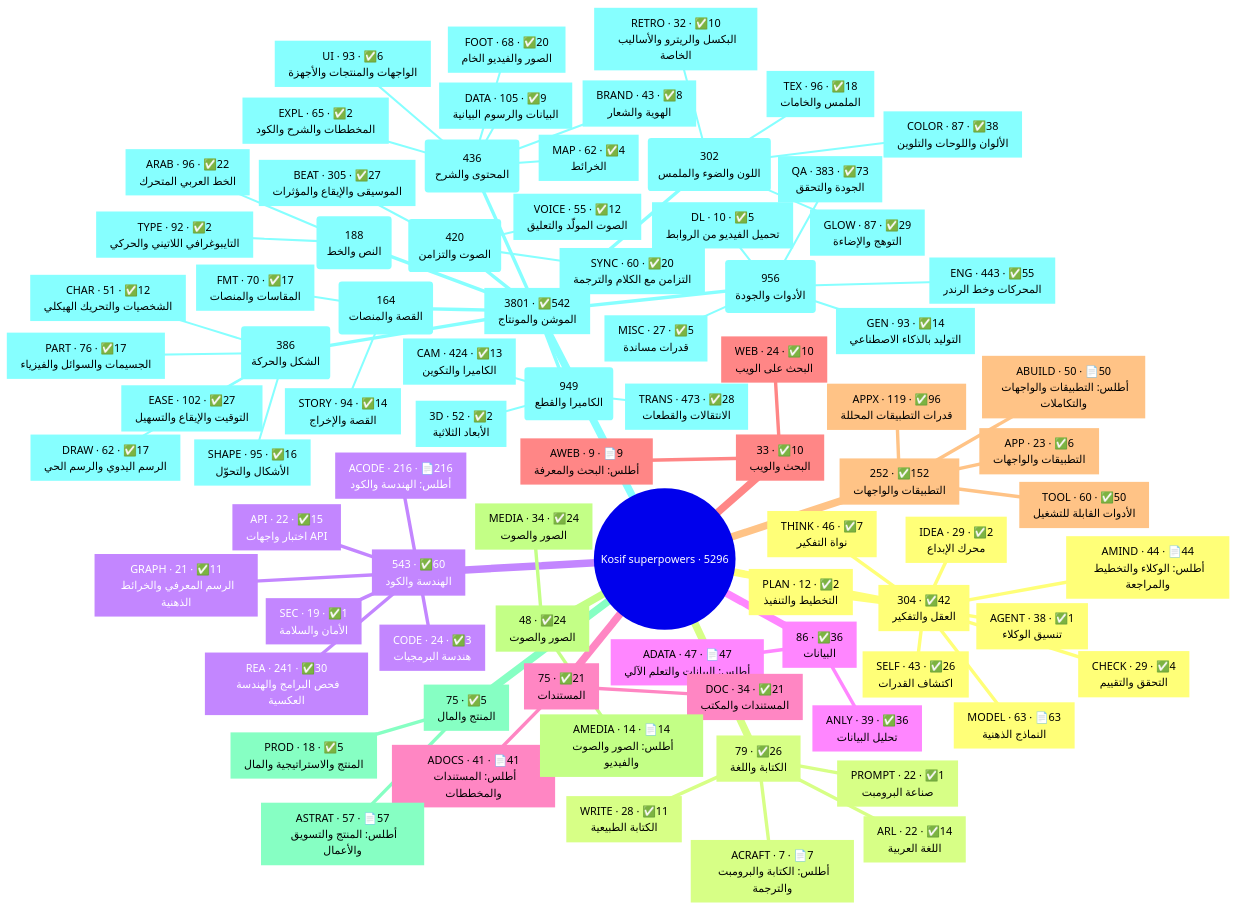
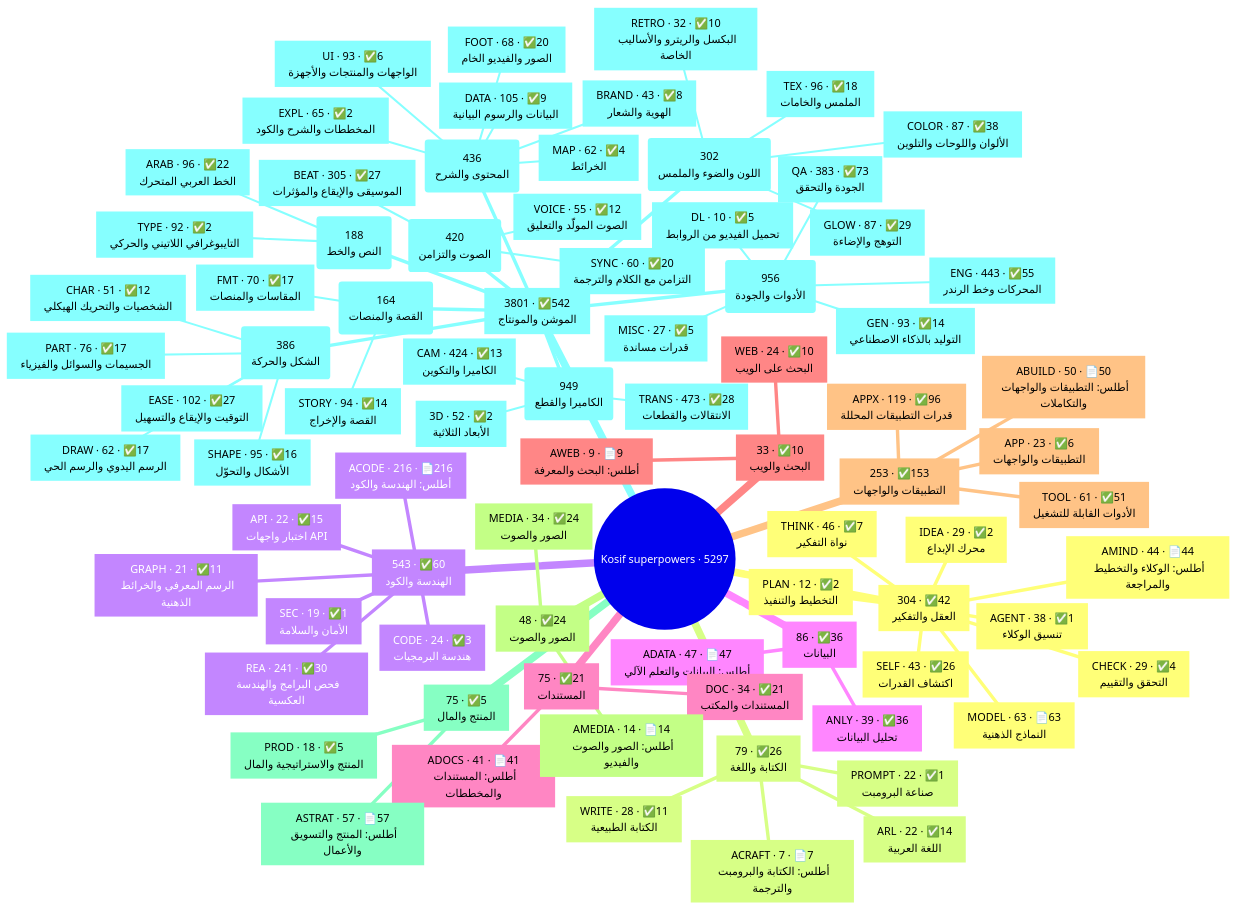
One commit to kosif199022-jpg/kosif-tool changed the first of 2 diagrams in .claude/skills/kosif-superpowers/references/capability-map.md. Above: the diagram before and after it, drawn with Mermaid. The commit also changed other lines of this file and 36 other files, not shown here.

````diff
--- a/.claude/skills/kosif-superpowers/references/capability-map.md
+++ b/.claude/skills/kosif-superpowers/references/capability-map.md
@@ -18,6 +18,6 @@
 ```mermaid
 mindmap
-  root((Kosif superpowers · 5296))
+  root((Kosif superpowers · 5297))
     n1["`304 · ✅42
 العقل والتفكير`"]
       n2["`MODEL · 63 · 📄63
@@ -78,11 +78,11 @@
 البحث على الويب`"]
       n30["`AWEB · 9 · 📄9
 أطلس: البحث والمعرفة`"]
-    n31["`252 · ✅152
+    n31["`253 · ✅153
 التطبيقات والواجهات`"]
       n32["`APPX · 119 · ✅96
 قدرات التطبيقات المحللة`"]
-      n33["`TOOL · 60 · ✅50
+      n33["`TOOL · 61 · ✅51
 الأدوات القابلة للتشغيل`"]
       n34["`ABUILD · 50 · 📄50
 أطلس: التطبيقات والواجهات والتكاملات`"]
````
